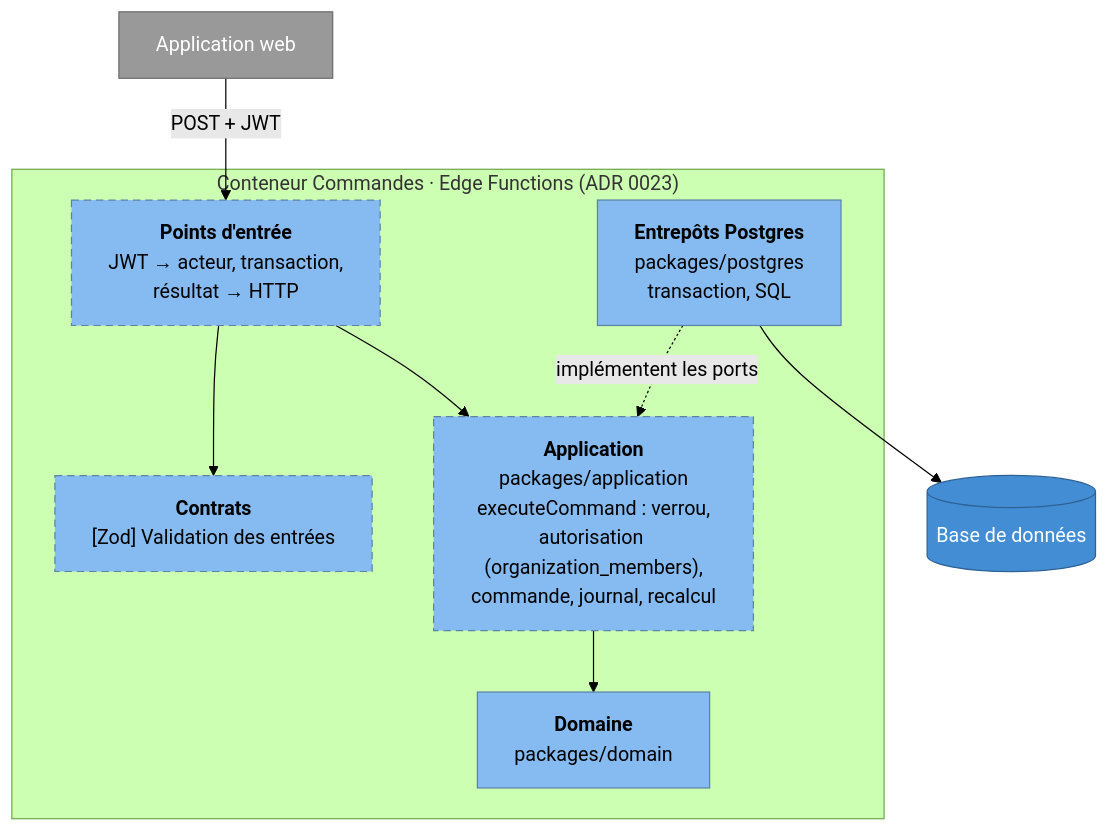
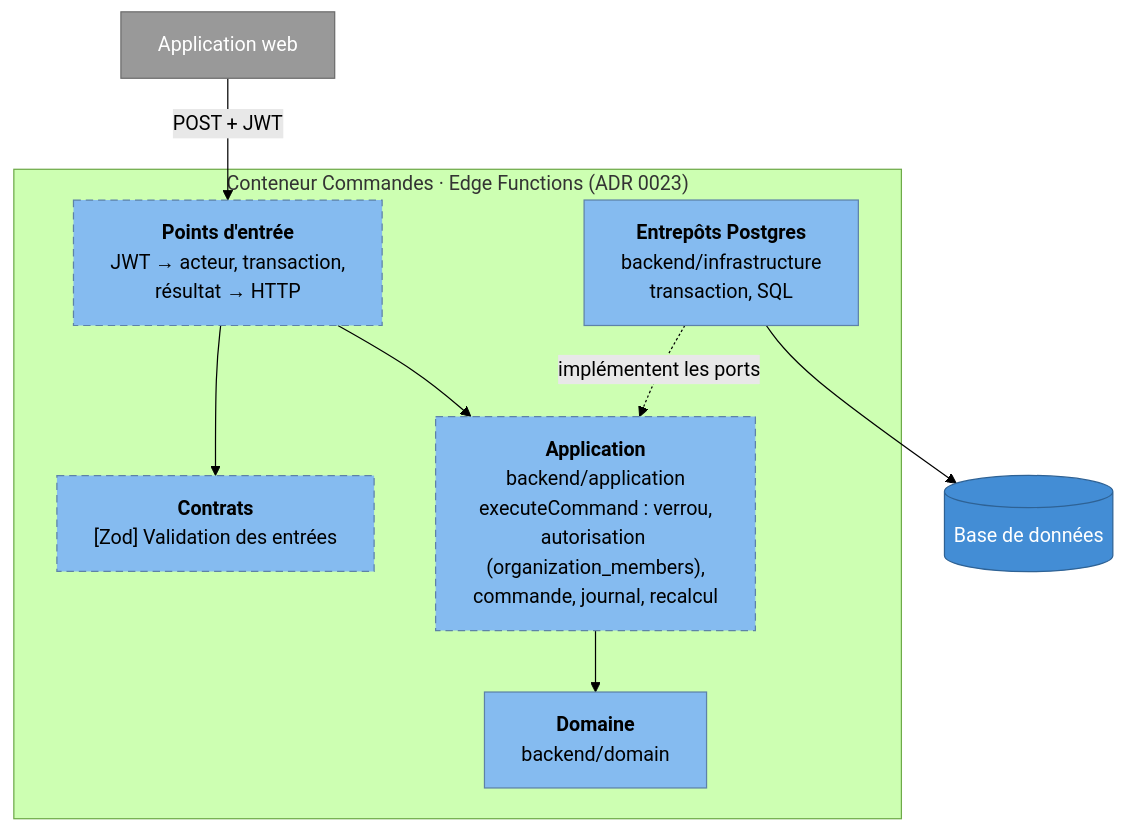
The fourth of 5 diagrams in docs/architecture/c4.md (Charkx/Arrakard), drawn with Mermaid (forest theme) before and after one commit. The commit also changed other lines of this file and 217 other files, not shown here.

````diff
--- a/docs/architecture/c4.md
+++ b/docs/architecture/c4.md
@@ -127,26 +127,26 @@
 ```mermaid
 flowchart TB
   classDef planned fill:#85bbf0,stroke:#5d82a8,color:#000,stroke-dasharray:6 4
   classDef component fill:#85bbf0,stroke:#5d82a8,color:#000
   classDef external fill:#999,stroke:#6b6b6b,color:#fff
   classDef db fill:#438dd5,stroke:#2e6295,color:#fff
 
   web["Application web"]:::external
 
   subgraph commands["Conteneur Commandes · Edge Functions (ADR 0023)"]
     handler["<b>Points d'entrée</b><br/>JWT → acteur, transaction,<br/>résultat → HTTP"]:::planned
     contracts["<b>Contrats</b><br/>[Zod] Validation des entrées"]:::planned
-    app["<b>Application</b><br/>packages/application<br/>executeCommand : verrou,<br/>autorisation (organization_members),<br/>commande, journal, recalcul"]:::planned
-    repos["<b>Entrepôts Postgres</b><br/>packages/postgres<br/>transaction, SQL"]:::component
-    domain["<b>Domaine</b><br/>packages/domain"]:::component
+    app["<b>Application</b><br/>backend/application<br/>executeCommand : verrou,<br/>autorisation (organization_members),<br/>commande, journal, recalcul"]:::planned
+    repos["<b>Entrepôts Postgres</b><br/>backend/infrastructure<br/>transaction, SQL"]:::component
+    domain["<b>Domaine</b><br/>backend/domain"]:::component
   end
 
   db[("Base de données")]:::db
 
   web -->|"POST + JWT"| handler
   handler --> contracts
   handler --> app
   app --> domain
   repos -. implémentent les ports .-> app
   repos --> db
 ```
````
